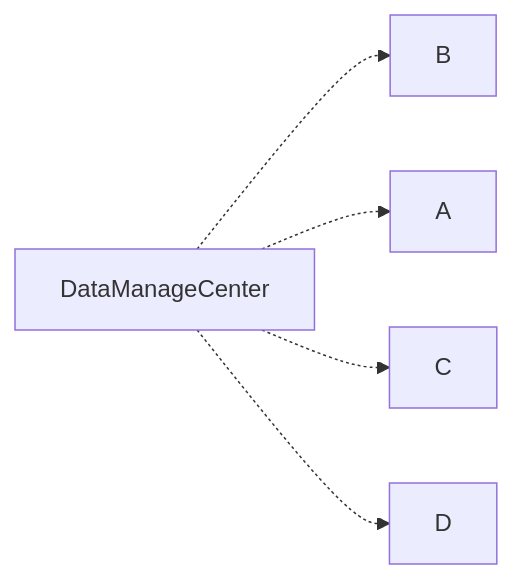
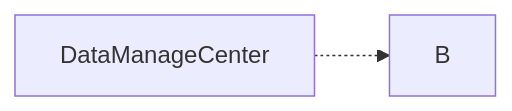
One commit to xiaojian-w/Gene-Regulatory-Networks-Construction changed the diagram in design.md. Above: the diagram before and after it, drawn with Mermaid. The commit also changed other lines of this file, not shown here.

````diff
--- a/design.md
+++ b/design.md
@@ -23,9 +23,7 @@
 ```mermaid
 graph LR; 
+
 DataManageCenter-.->B;
-DataManageCenter-.->A;
-DataManageCenter-.->C;
-DataManageCenter-.->D;
 
 
 ```
````
